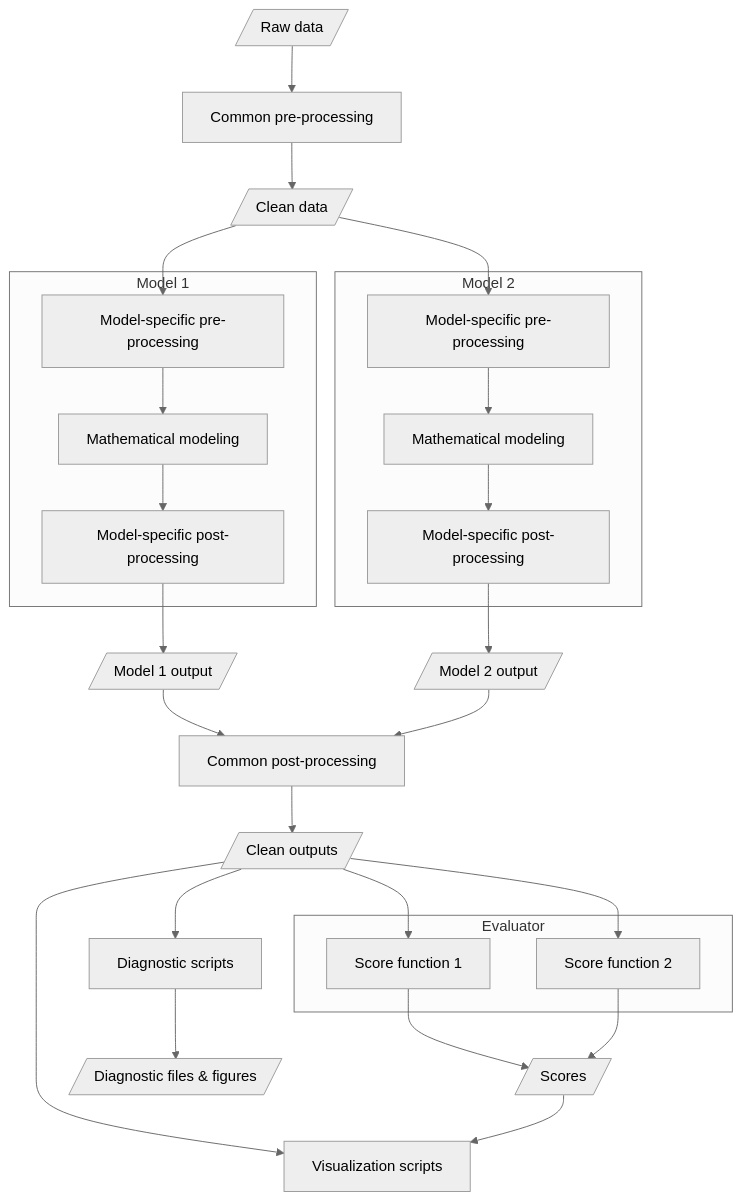
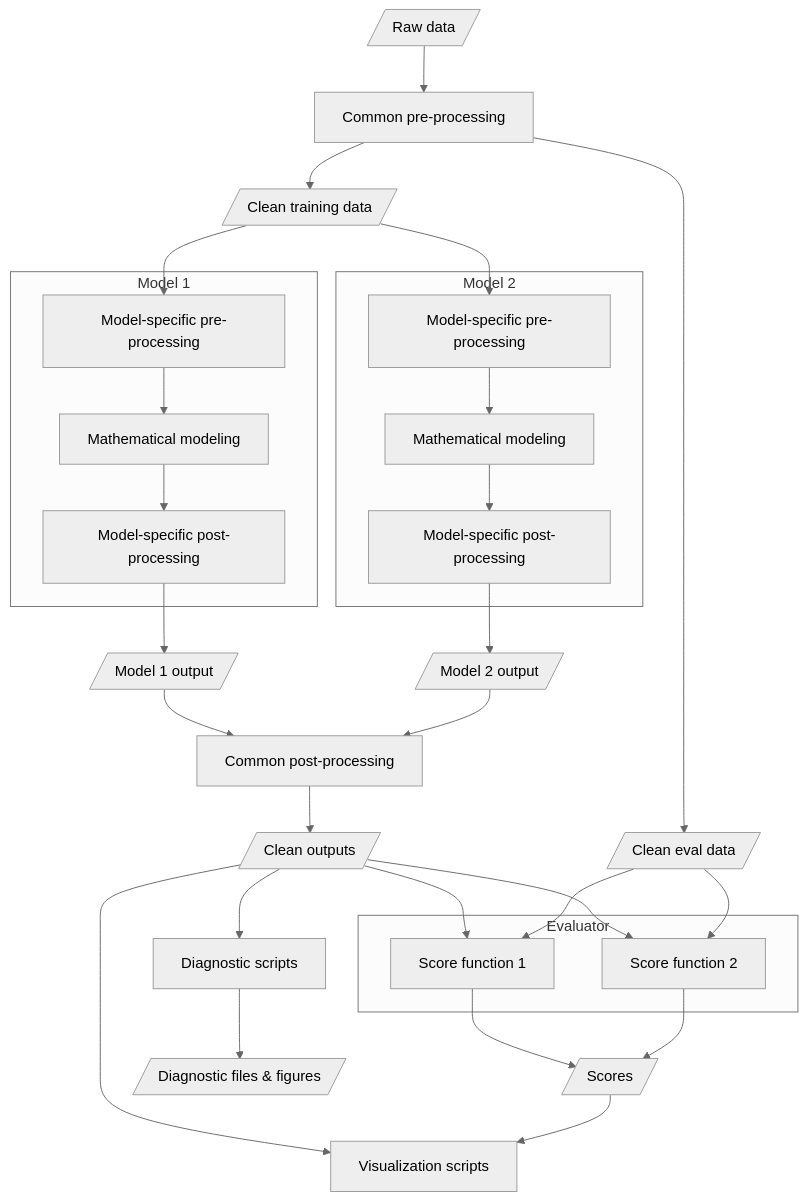
One commit to CDCgov/cfa-viral-lineage-model changed the diagram in docs/architecture.md. Above: the diagram before and after it, drawn with Mermaid (neutral theme).

Commit message:
add eval data

````diff
--- a/docs/architecture.md
+++ b/docs/architecture.md
@@ -9,52 +9,55 @@
 ```mermaid
 flowchart TD
 
 %% Raw data and common pre-processing
 raw_data[/Raw data/] --> preproc[Common pre-processing]
-preproc --> clean[/Clean data/]
+preproc --> clean_training[/Clean training data/]
+preproc --> clean_eval[/Clean eval data/]
 
 %% Individual models
 subgraph model1[Model 1]
   preproc1[Model-specific pre-processing]
   comp1[Mathematical modeling]
   postproc1[Model-specific post-processing]
 end
 
 subgraph model2[Model 2]
   preproc2[Model-specific pre-processing]
   comp2[Mathematical modeling]
   postproc2[Model-specific post-processing]
 end
 
 output1[/Model 1 output/]
 output2[/Model 2 output/]
 
 %% Flow through the models
-clean --> preproc1 --> comp1 --> postproc1 --> output1
-clean --> preproc2 --> comp2 --> postproc2 --> output2
+clean_training --> preproc1 --> comp1 --> postproc1 --> output1
+clean_training --> preproc2 --> comp2 --> postproc2 --> output2
 
 %% Evaluation
 subgraph Evaluator
     score1[Score function 1]
     score2[Score function 2]
 end
 
 outputs --> score1
 outputs --> score2
+clean_eval --> score1
+clean_eval --> score2
 score1 --> scores
 score2 --> scores
 scores[/Scores/]
 
 %% Common post-processing
 postproc[Common post-processing] --> outputs[/Clean outputs/]
 
 %% Diagnostics
 outputs --> dx_scripts[Diagnostic scripts] --> dx[/Diagnostic files & figures/]
 output1 --> postproc
 output2 --> postproc
 
 %% Visualizations
 viz_scripts[Visualization scripts]
 outputs --> viz_scripts
 scores --> viz_scripts
 ```
````
